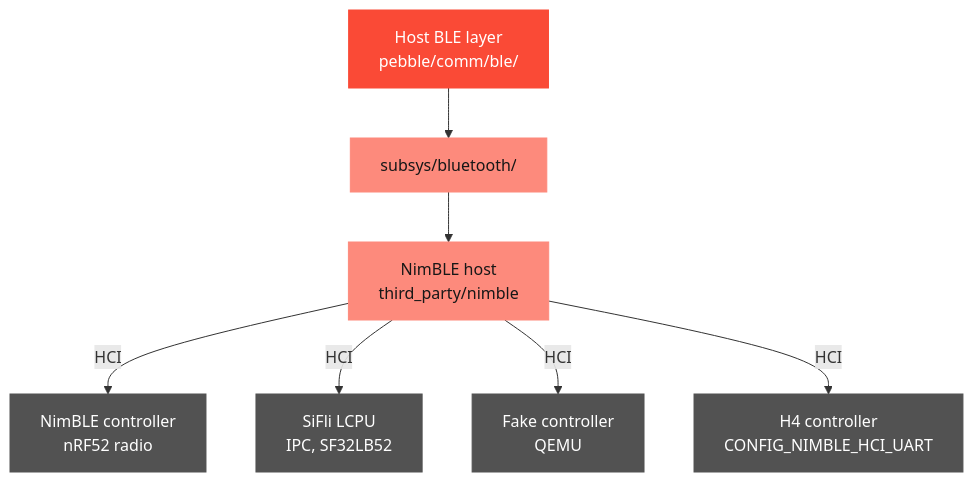
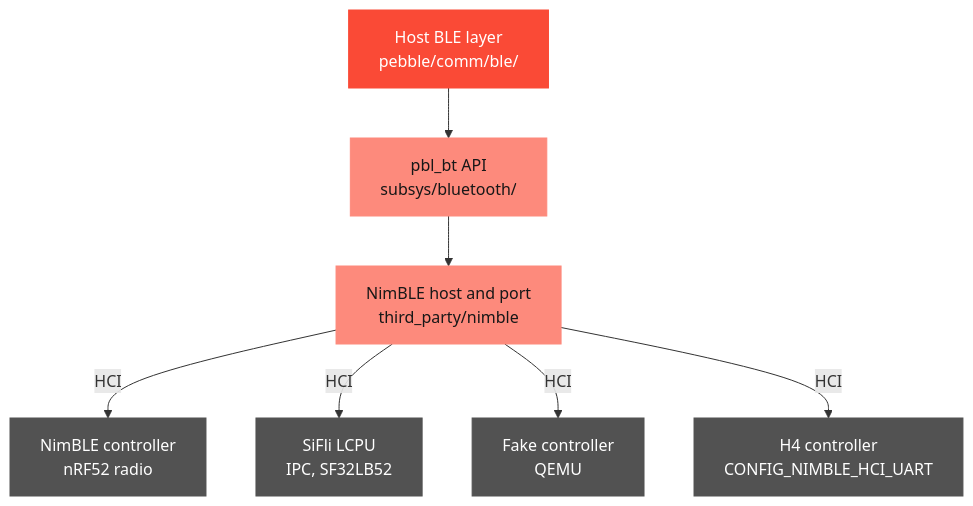
Before and after one commit to coredevices/PebbleOS: the diagram in docs/subsystems/bluetooth.md, drawn with Mermaid. The commit also changed other lines of this file, not shown here.

First line of the commit message:
docs: bluetooth: describe the NimBLE port

````diff
--- a/docs/subsystems/bluetooth.md
+++ b/docs/subsystems/bluetooth.md
@@ -22,22 +22,22 @@
 ```{mermaid}
 flowchart TD
   ble["Host BLE layer<br/>pebble/comm/ble/"]
-  glue["subsys/bluetooth/"]
-  nimble["NimBLE host<br/>third_party/nimble"]
+  glue["pbl_bt API<br/>subsys/bluetooth/"]
+  nimble["NimBLE host and port<br/>third_party/nimble"]
   nrf["NimBLE controller<br/>nRF52 radio"]
   sifli["SiFli LCPU<br/>IPC, SF32LB52"]
   fake["Fake controller<br/>QEMU"]
   uart["H4 controller<br/>CONFIG_NIMBLE_HCI_UART"]
   ble --> glue --> nimble
   nimble -- HCI --> nrf
   nimble -- HCI --> sifli
   nimble -- HCI --> fake
   nimble -- HCI --> uart
 
   classDef app fill:#fa4a36,stroke:#fa4a36,color:#ffffff
   classDef system fill:#fd8a7c,stroke:#fd8a7c,color:#171717
   classDef base fill:#525252,stroke:#525252,color:#ffffff
   class ble app
   class glue,nimble system
   class nrf,sifli,fake,uart base
 ```
````
